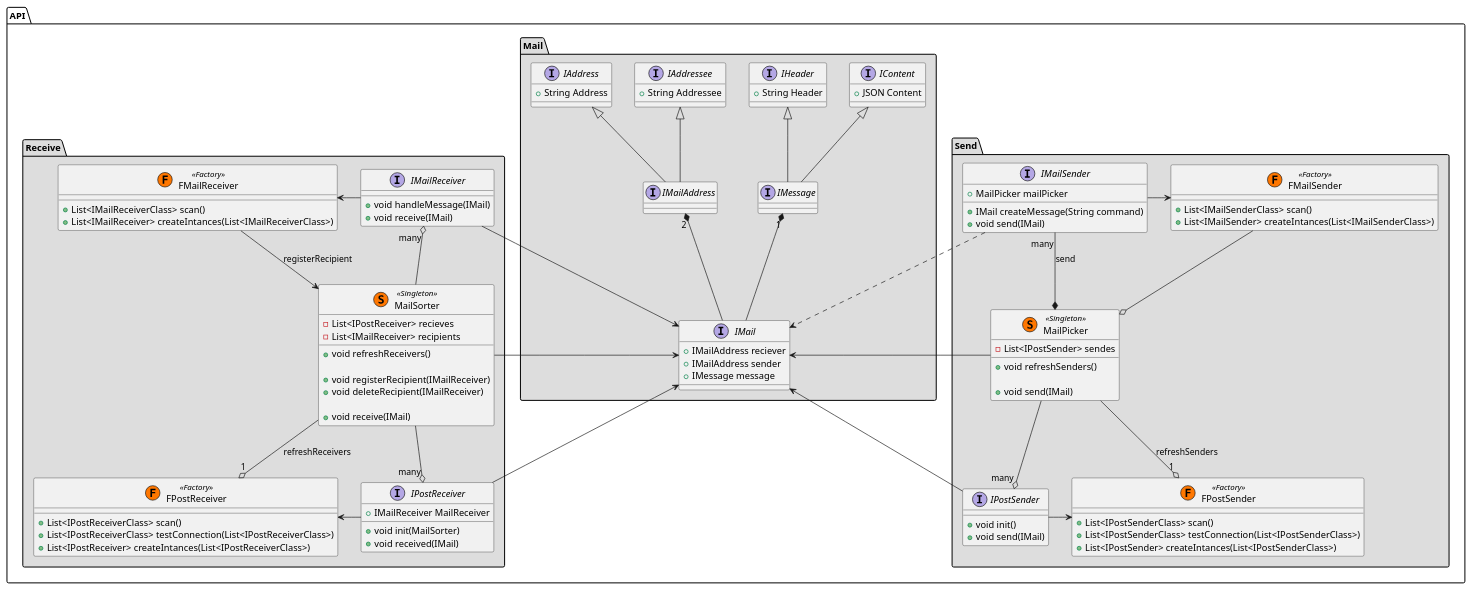
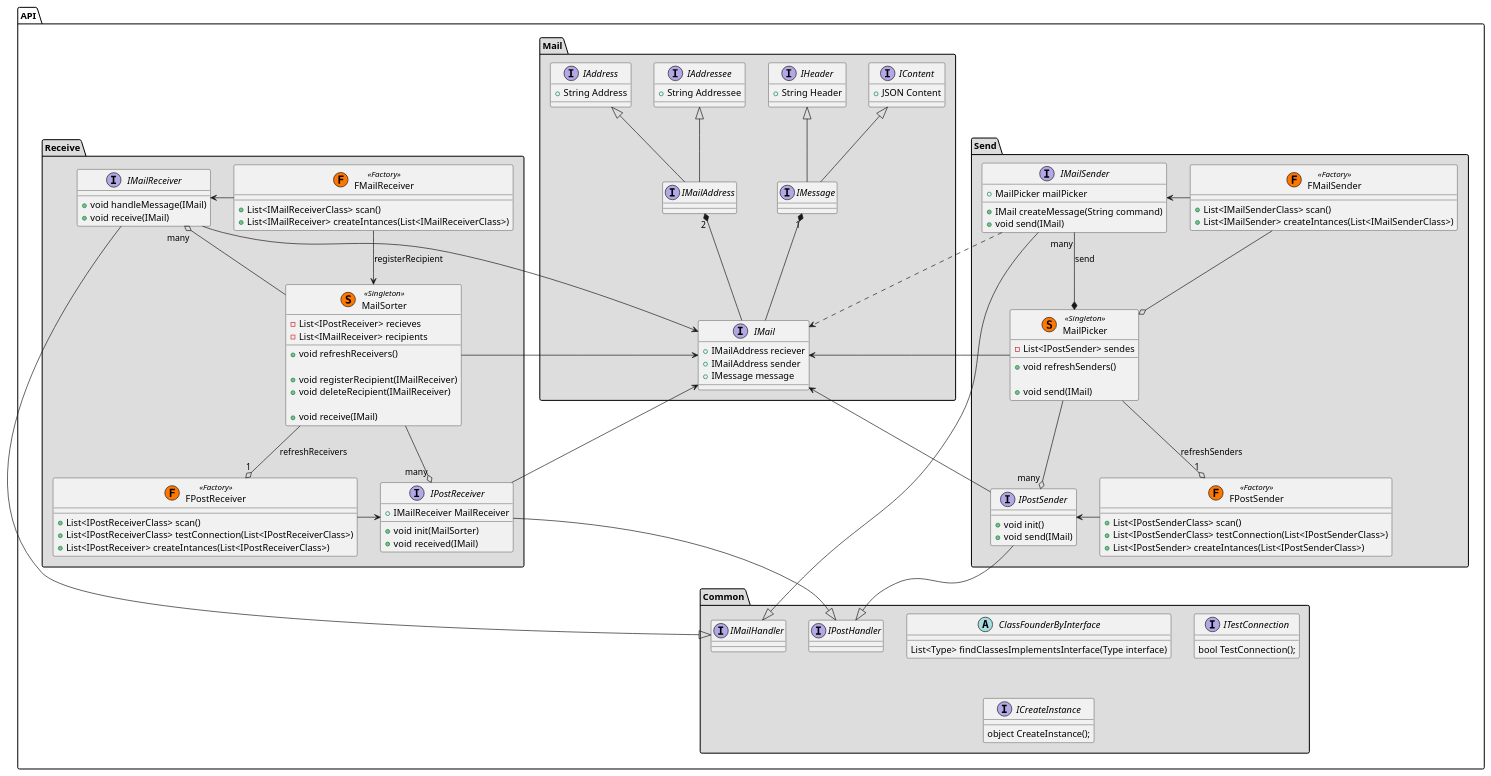
Before and after one commit to DenisGeek/soerbot: the diagram in src/API/Diagram/API.Core.Diagram.puml, drawn with PlantUML.

Commit message:
Added namespace API.Common  - interface IClassFounder  - abstract class ClassFounderByInterface  - interface ITestConnection  - interface ICreateInstance  - interface IMailHandler  - interface IPostHandler

```diff
--- a/src/API/Diagram/API.Core.Diagram.puml
+++ b/src/API/Diagram/API.Core.Diagram.puml
@@ -1,151 +1,165 @@
 @startuml
 scale 1
 ' skinparam classAttributeIconSize 0
 
 namespace API.Mail #DDDDDD {
     IMailAddress "2" *-- IMail
     IMessage "1" *-- IMail
 
     IContent <|-- IMessage
     IHeader <|-- IMessage
     IAddressee <|-- IMailAddress
     IAddress <|-- IMailAddress
 
     interface IAddress
     {
         + String Address 
     }
     interface IAddressee
     {
         + String Addressee
     } 
 
     interface IMailAddress
     {
     }
 
     interface IHeader
     {
         + String Header 
     }
     interface IContent
     {
         + JSON Content
     }
     interface IMessage
     {
     }
     interface IMail
     {
         + IMailAddress reciever
         + IMailAddress sender
         + IMessage message
     }
 }
 
 namespace API.Send #DDDDDD {
     interface IMailSender
     {
         + MailPicker mailPicker
         + IMail createMessage(String command)
         + void send(IMail)
     }
     class MailPicker << (S,#FF7700) Singleton >>
     {
         - List<IPostSender> sendes
         + void refreshSenders()
 
         + void send(IMail)
     }
     interface IPostSender
     {
         + void init()
         + void send(IMail)
     }
     class FMailSender << (F,#FF7700) Factory >>
     {
         + List<IMailSenderClass> scan()
         + List<IMailSender> createIntances(List<IMailSenderClass>)
     }
     class FPostSender << (F,#FF7700) Factory >>
     {
         + List<IPostSenderClass> scan()
         + List<IPostSenderClass> testConnection(List<IPostSenderClass>)
         + List<IPostSender> createIntances(List<IPostSenderClass>)
     }
     FMailSender --o MailPicker
-    FMailSender <- IMailSender
+    FMailSender -> IMailSender
     IMailSender ..> API.Mail.IMail
     IMailSender "many" --* MailPicker :send
     MailPicker --> API.Mail.IMail
     MailPicker --o "1" FPostSender :refreshSenders
     MailPicker --o "many" IPostSender
     API.Mail.IMail <-- IPostSender
-    IPostSender -> FPostSender
+    IPostSender <- FPostSender
 }
 
 
 namespace API.Receive #DDDDDD {
     interface IMailReceiver
     {
         + void handleMessage(IMail)
         + void receive(IMail)
     }
     class MailSorter << (S,#FF7700) Singleton >>
     {
         - List<IPostReceiver> recieves
         - List<IMailReceiver> recipients
         + void refreshReceivers()
  
         + void registerRecipient(IMailReceiver)
         + void deleteRecipient(IMailReceiver)
 
        + void receive(IMail)
     }
     interface IPostReceiver
     {
         + IMailReceiver MailReceiver
         + void init(MailSorter)
         + void received(IMail)
     }
     class FMailReceiver << (F,#FF7700) Factory >>
     {
         + List<IMailReceiverClass> scan()
         + List<IMailReceiver> createIntances(List<IMailReceiverClass>)
     }
     class FPostReceiver << (F,#FF7700) Factory >>
     {
         + List<IPostReceiverClass> scan()
         + List<IPostReceiverClass> testConnection(List<IPostReceiverClass>)
         + List<IPostReceiver> createIntances(List<IPostReceiverClass>)
     }
     FMailReceiver --> MailSorter : registerRecipient
-    IMailReceiver -> FMailReceiver
+    IMailReceiver <- FMailReceiver
     IMailReceiver --> API.Mail.IMail
     IMailReceiver "many" o-- MailSorter
     MailSorter --> API.Mail.IMail
     MailSorter --o "1" FPostReceiver : refreshReceivers
     MailSorter --o "many" IPostReceiver
     API.Mail.IMail <-- IPostReceiver
-    IPostReceiver -> FPostReceiver
+    IPostReceiver <- FPostReceiver
+}
+
+namespace API.Common #DDDDDD {
+    abstract class ClassFounderByInterface
+    {
+        List<Type> findClassesImplementsInterface(Type interface)
+    }
+    interface ITestConnection
+    {
+        bool TestConnection();
+    }
+    interface ICreateInstance
+    {
+        object CreateInstance();
+    }
+    interface IMailHandler
+    {
+    }
+    IMailHandler <|-- IMailReceiver
+    IMailHandler <|-- IMailSender
+    interface IPostHandler
+    {
+    }
+    IPostReceiver --|> IPostHandler
+    IPostSender  --|> IPostHandler
+
 }
 
 
 
 
 
 
 
-' interface IMailHandler
-' {
-' }
-' IMailHandler <|-- IMailReceiver
-' IMailHandler <|-- IMailSender
-
-' interface IPostHandler
-' {
-' }
-' IPostReceiver --|> IPostHandler
-' IPostSender  --|> IPostHandler
-
 @enduml
```
